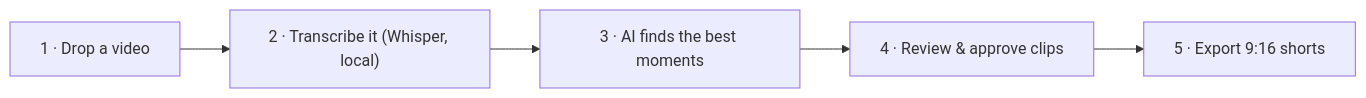
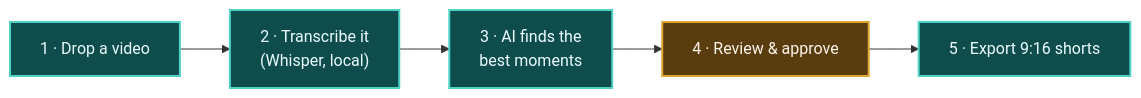
The first of 2 diagrams in README.md (PriyeshPandey2000/ai-video-clipper), drawn with Mermaid before and after one commit. The commit also changed other lines of this file, not shown here.

First line of the commit message:
docs(readme): fix architecture diagram accuracy and polish styling

````diff
--- a/README.md
+++ b/README.md
@@ -47,7 +47,10 @@
 ```mermaid
 flowchart LR
-    A["1 · Drop a video"] --> B["2 · Transcribe it (Whisper, local)"]
-    B --> C["3 · AI finds the best moments"]
-    C --> D["4 · Review & approve clips"]
-    D --> E["5 · Export 9:16 shorts"]
+    classDef step fill:#0f4c4c,stroke:#4fd1c5,color:#ecfeff,stroke-width:2px
+    classDef human fill:#5a3d0f,stroke:#e0a72e,color:#fff7ed,stroke-width:2px
+
+    A["1 · Drop a video"]:::step --> B["2 · Transcribe it<br/>(Whisper, local)"]:::step
+    B --> C["3 · AI finds the<br/>best moments"]:::step
+    C --> D["4 · Review & approve"]:::human
+    D --> E["5 · Export 9:16 shorts"]:::step
 ```
````
